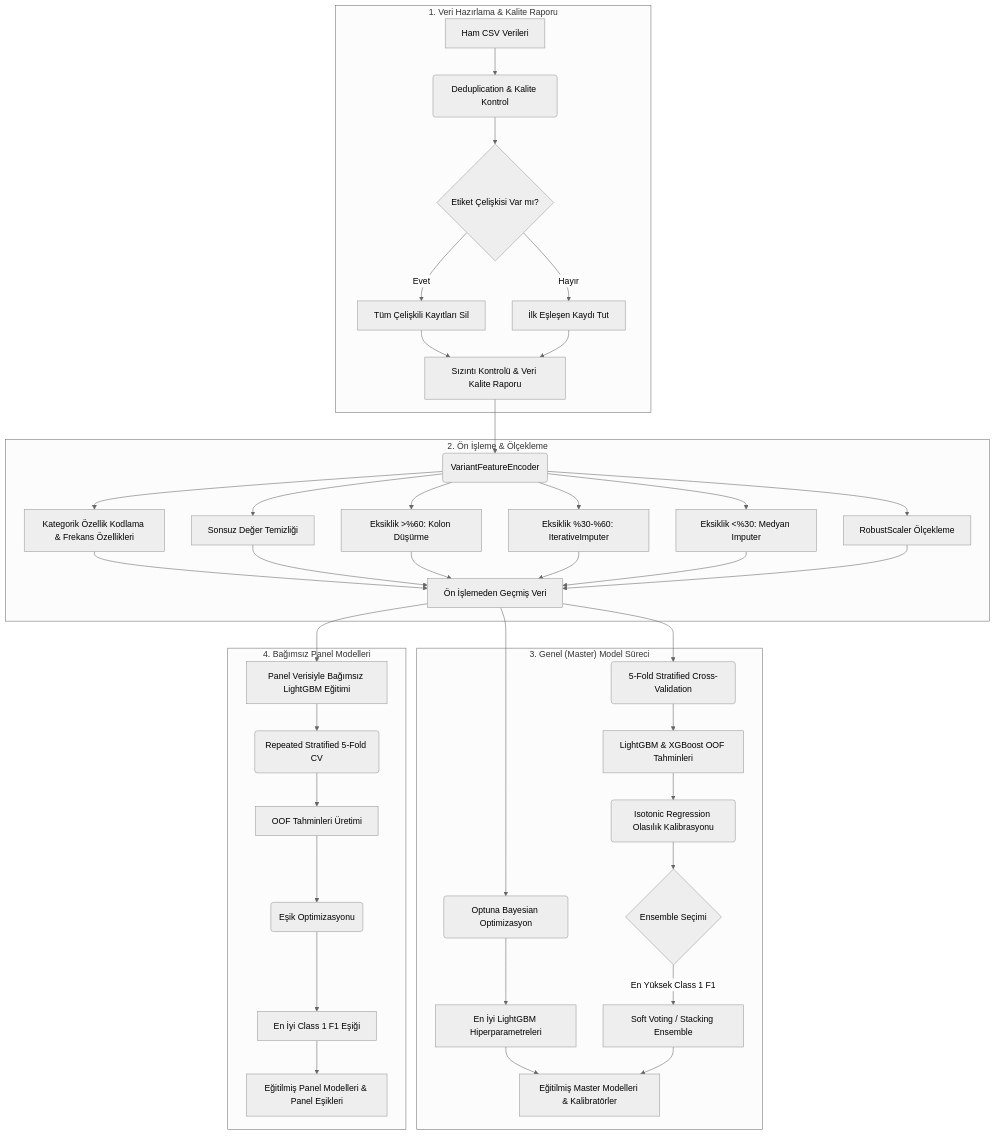
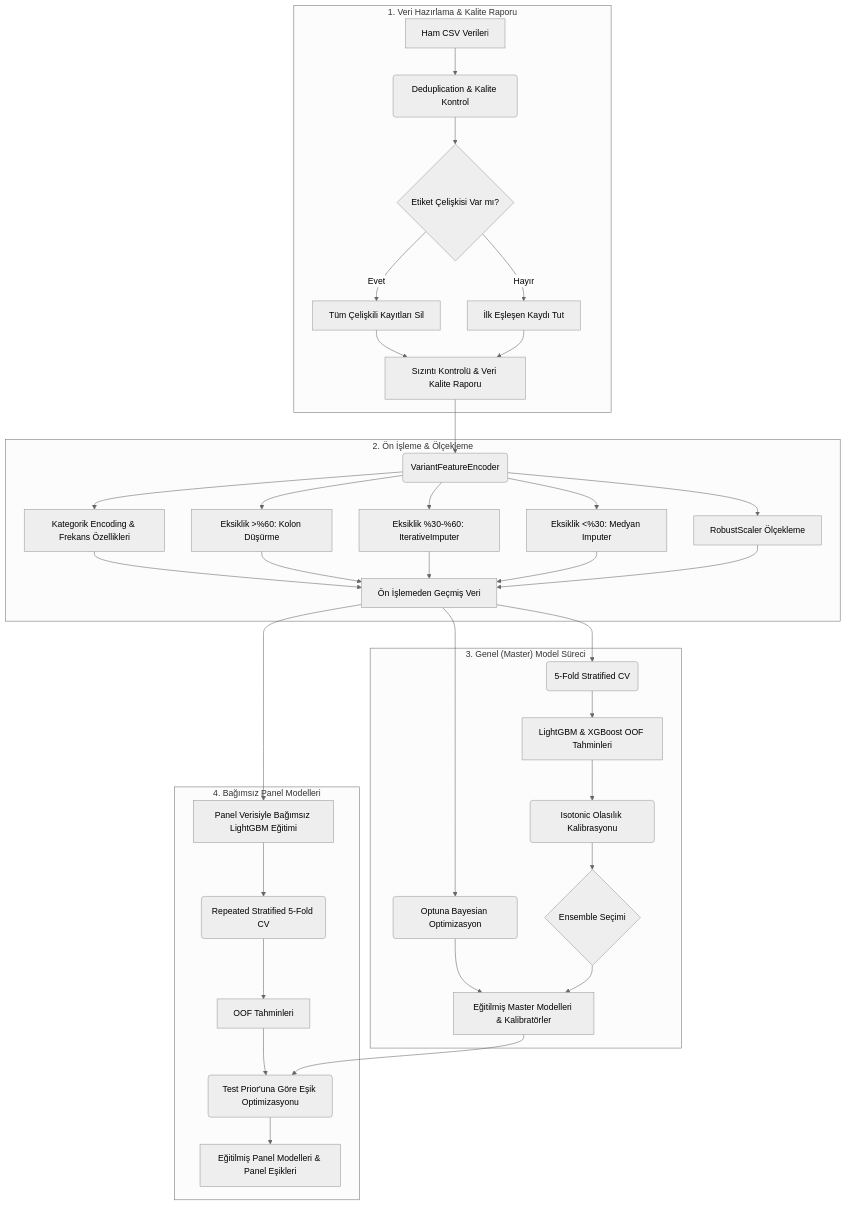
One commit to suleyman-kara/pathGuard changed the diagram in README.md. Above: the diagram before and after it, drawn with Mermaid (neutral theme). The commit also changed other lines of this file and 4 other files, not shown here.

````diff
--- a/README.md
+++ b/README.md
@@ -103,42 +57,40 @@
 ```mermaid
 flowchart TD
     subgraph Data_Prep ["1. Veri Hazırlama & Kalite Raporu"]
         A[Ham CSV Verileri] --> B(Deduplication & Kalite Kontrol)
         B --> C{Etiket Çelişkisi Var mı?}
         C -- Evet --> D[Tüm Çelişkili Kayıtları Sil]
         C -- Hayır --> E[İlk Eşleşen Kaydı Tut]
         D --> F[Sızıntı Kontrolü & Veri Kalite Raporu]
         E --> F
     end
 
     subgraph Preprocessing ["2. Ön İşleme & Ölçekleme"]
         F --> G(VariantFeatureEncoder)
-        G --> H[Kategorik Özellik Kodlama & Frekans Özellikleri]
-        G --> I[Sonsuz Değer Temizliği]
+        G --> H[Kategorik Encoding & Frekans Özellikleri]
         G --> J[Eksiklik >%60: Kolon Düşürme]
         G --> K[Eksiklik %30-%60: IterativeImputer]
         G --> L[Eksiklik <%30: Medyan Imputer]
         G --> M[RobustScaler Ölçekleme]
-        H & I & J & K & L & M --> N[Ön İşlemeden Geçmiş Veri]
+        H & J & K & L & M --> N[Ön İşlemeden Geçmiş Veri]
     end
 
     subgraph Master_Pipeline ["3. Genel (Master) Model Süreci"]
         N --> O(Optuna Bayesian Optimizasyon)
-        O --> P[En İyi LightGBM Hiperparametreleri]
-        N --> Q(5-Fold Stratified Cross-Validation)
+        N --> Q(5-Fold Stratified CV)
         Q --> R[LightGBM & XGBoost OOF Tahminleri]
-        R --> S(Isotonic Regression Olasılık Kalibrasyonu)
+        R --> S(Isotonic Olasılık Kalibrasyonu)
         S --> T{Ensemble Seçimi}
-        T -- En Yüksek Class 1 F1 --> U[Soft Voting / Stacking Ensemble]
-        P & U --> V[Eğitilmiş Master Modelleri & Kalibratörler]
+        O & T --> V[Eğitilmiş Master Modelleri & Kalibratörler]
     end
 
     subgraph Panel_Pipeline ["4. Bağımsız Panel Modelleri"]
         N --> X[Panel Verisiyle Bağımsız LightGBM Eğitimi]
         X --> Y(Repeated Stratified 5-Fold CV)
-        Y --> Z[OOF Tahminleri Üretimi]
-        Z --> AA(Eşik Optimizasyonu)
-        AA --> BB[En İyi Class 1 F1 Eşiği]
-        BB --> CC[Eğitilmiş Panel Modelleri & Panel Eşikleri]
+        Y --> Z[OOF Tahminleri]
+        Z --> AA(Test Prior'una Göre Eşik Optimizasyonu)
+        AA --> CC[Eğitilmiş Panel Modelleri & Panel Eşikleri]
     end
+
+    V --> AA
 ```
````
